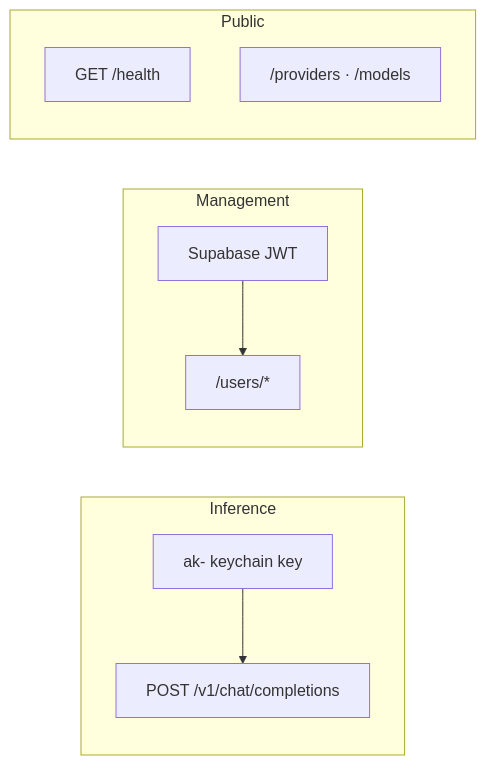
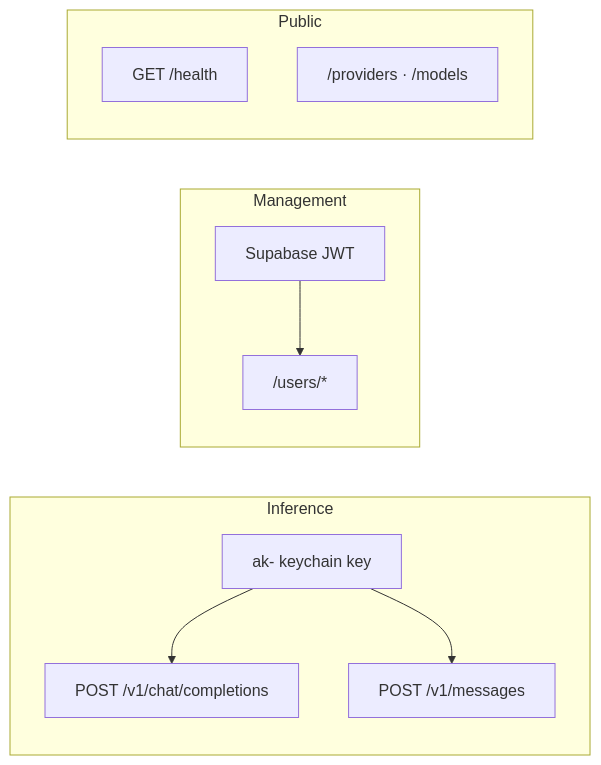
One commit to Sharann-del/API_Keychain changed the third of 4 diagrams in docs/architecture.md. Above: the diagram before and after it, drawn with Mermaid. The commit also changed other lines of this file and 19 other files, not shown here.

````diff
--- a/docs/architecture.md
+++ b/docs/architecture.md
@@ -140,19 +153,21 @@
 ```mermaid
 flowchart LR
     subgraph inference [Inference]
         AK[ak- keychain key]
         V1["POST /v1/chat/completions"]
+        MSG["POST /v1/messages"]
         AK --> V1
+        AK --> MSG
     end
 
     subgraph management [Management]
         JWT[Supabase JWT]
         Users["/users/*"]
         JWT --> Users
     end
 
     subgraph public [Public]
         Health["GET /health"]
         Catalog["/providers · /models"]
     end
 ```
````
